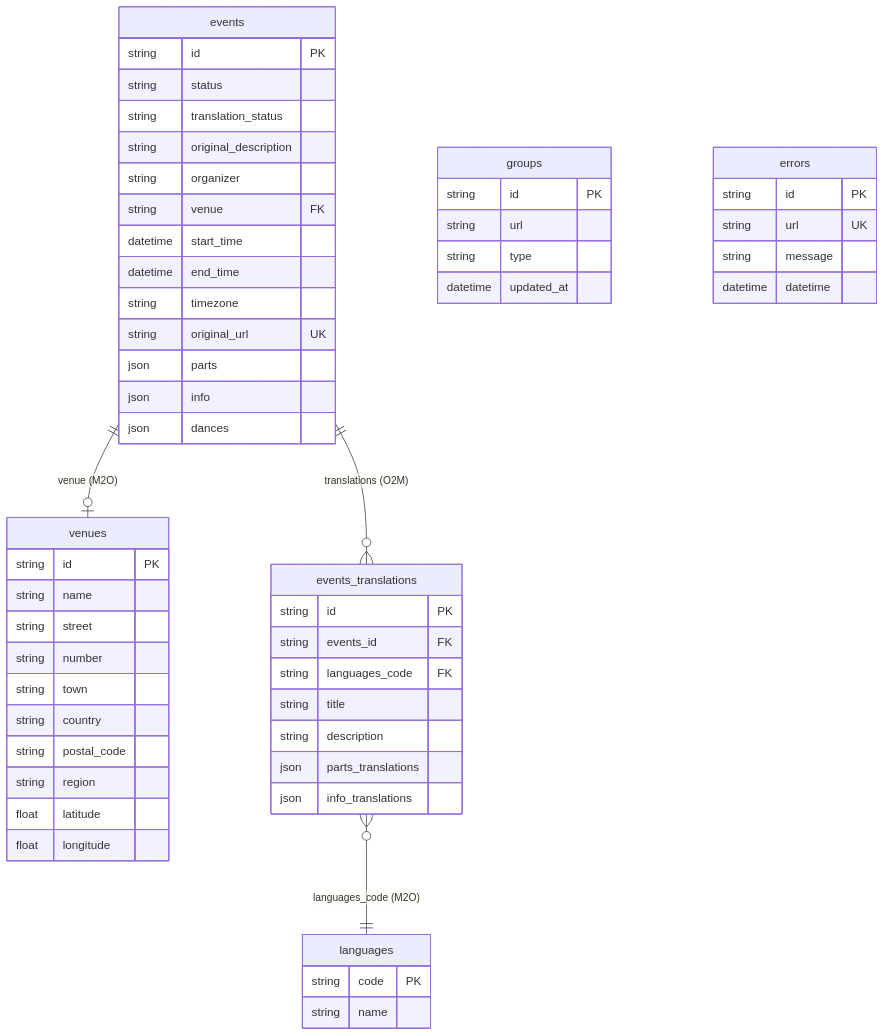
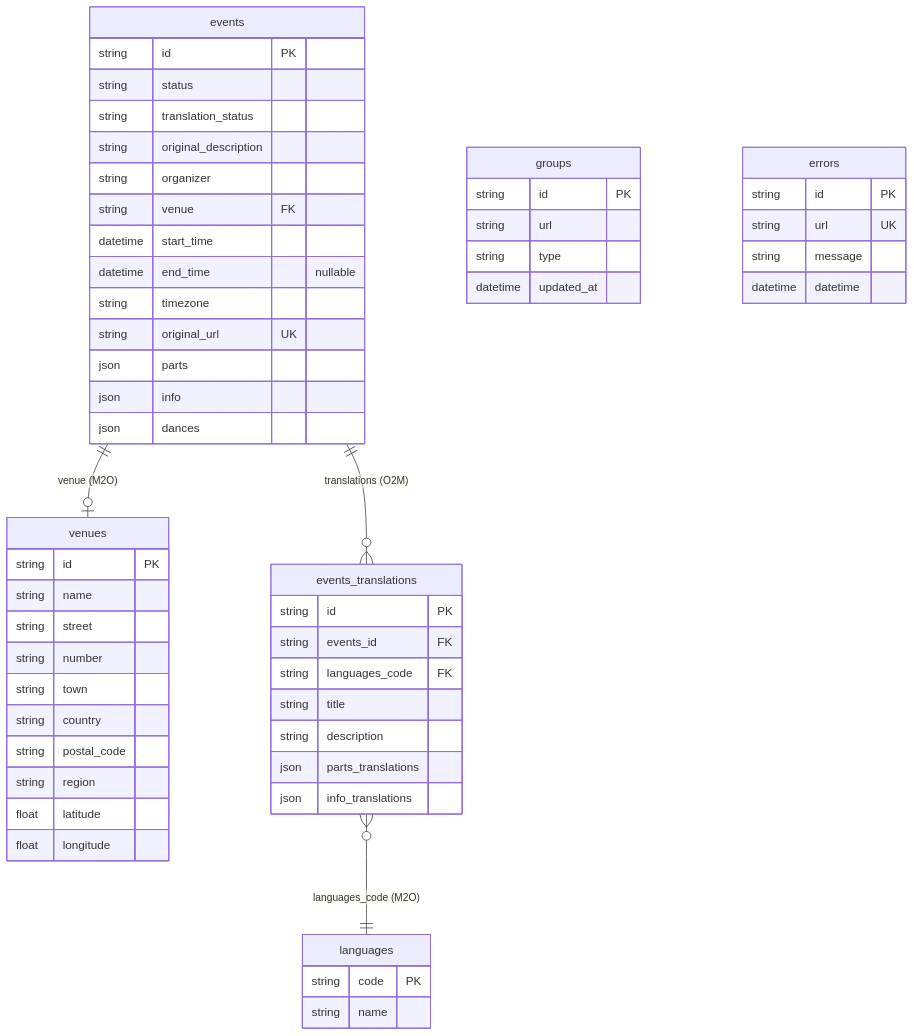
The fourth of 4 diagrams in .kiro/specs/event-workflow-restate/design.md (mjablecnik/Dancee-2.0), drawn with Mermaid before and after one commit. The commit also changed other lines of this file and 2 other files, not shown here.

Commit message:
fix: update end_time to be nullable instead of fallback to start time

````diff
--- a/.kiro/specs/event-workflow-restate/design.md
+++ b/.kiro/specs/event-workflow-restate/design.md
@@ -479,58 +479,58 @@
 ```mermaid
 erDiagram
     events ||--o| venues : "venue (M2O)"
     events ||--o{ events_translations : "translations (O2M)"
     events_translations }o--|| languages : "languages_code (M2O)"
     events {
         string id PK
         string status
         string translation_status
         string original_description
         string organizer
         string venue FK
         datetime start_time
-        datetime end_time
+        datetime end_time "nullable"
         string timezone
         string original_url UK
         json parts
         json info
         json dances
     }
     events_translations {
         string id PK
         string events_id FK
         string languages_code FK
         string title
         string description
         json parts_translations
         json info_translations
     }
     languages {
         string code PK
         string name
     }
     venues {
         string id PK
         string name
         string street
         string number
         string town
         string country
         string postal_code
         string region
         float latitude
         float longitude
     }
     groups {
         string id PK
         string url
         string type
         datetime updated_at
     }
     errors {
         string id PK
         string url UK
         string message
         datetime datetime
     }
 ```
````
